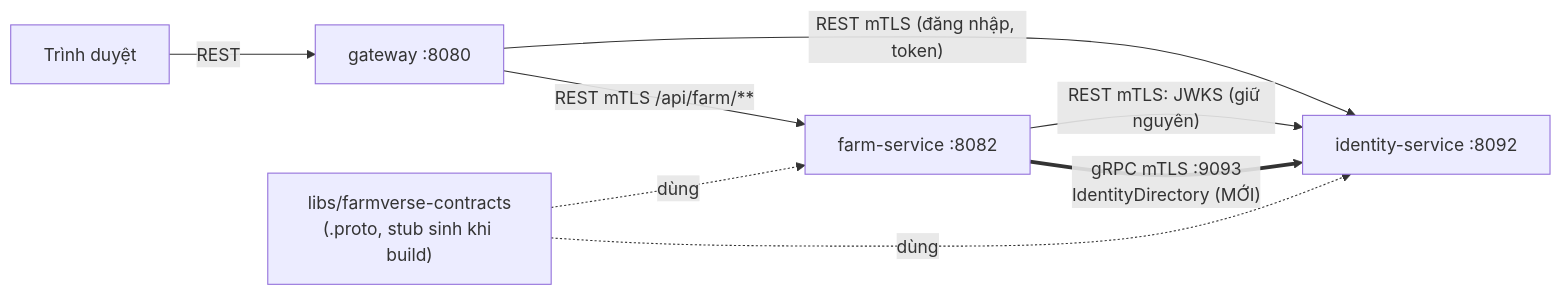
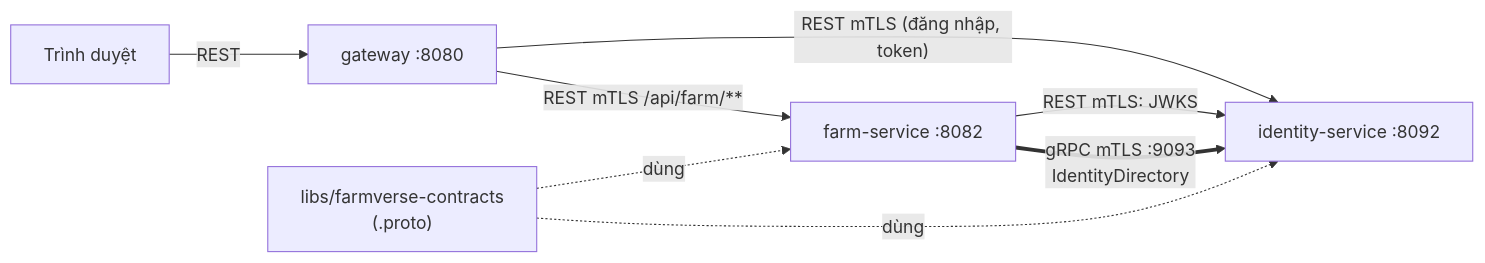
The third of 3 diagrams in content/thiet-ke-farmverse.md (hatrongvu13/smartfarm-platform-maven-starter), drawn with Mermaid before and after one commit. The commit also changed other lines of this file and 7 other files, not shown here.

First line of the commit message:
docs: add code-walkthrough by flow; drop roadmap and progress tracking

````diff
--- a/content/thiet-ke-farmverse.md
+++ b/content/thiet-ke-farmverse.md
@@ -230,10 +125,10 @@
 ```mermaid
 flowchart LR
     B[Trình duyệt] -->|"REST"| G[gateway :8080]
     G -->|"REST mTLS /api/farm/**"| F[farm-service :8082]
     G -->|"REST mTLS (đăng nhập, token)"| I[identity-service :8092]
-    F -->|"REST mTLS: JWKS (giữ nguyên)"| I
-    F ==>|"gRPC mTLS :9093<br/>IdentityDirectory (MỚI)"| I
-    C["libs/farmverse-contracts<br/>(.proto, stub sinh khi build)"] -.dùng.-> F
+    F -->|"REST mTLS: JWKS"| I
+    F ==>|"gRPC mTLS :9093<br/>IdentityDirectory"| I
+    C["libs/farmverse-contracts<br/>(.proto)"] -.dùng.-> F
     C -.dùng.-> I
 ```
````
